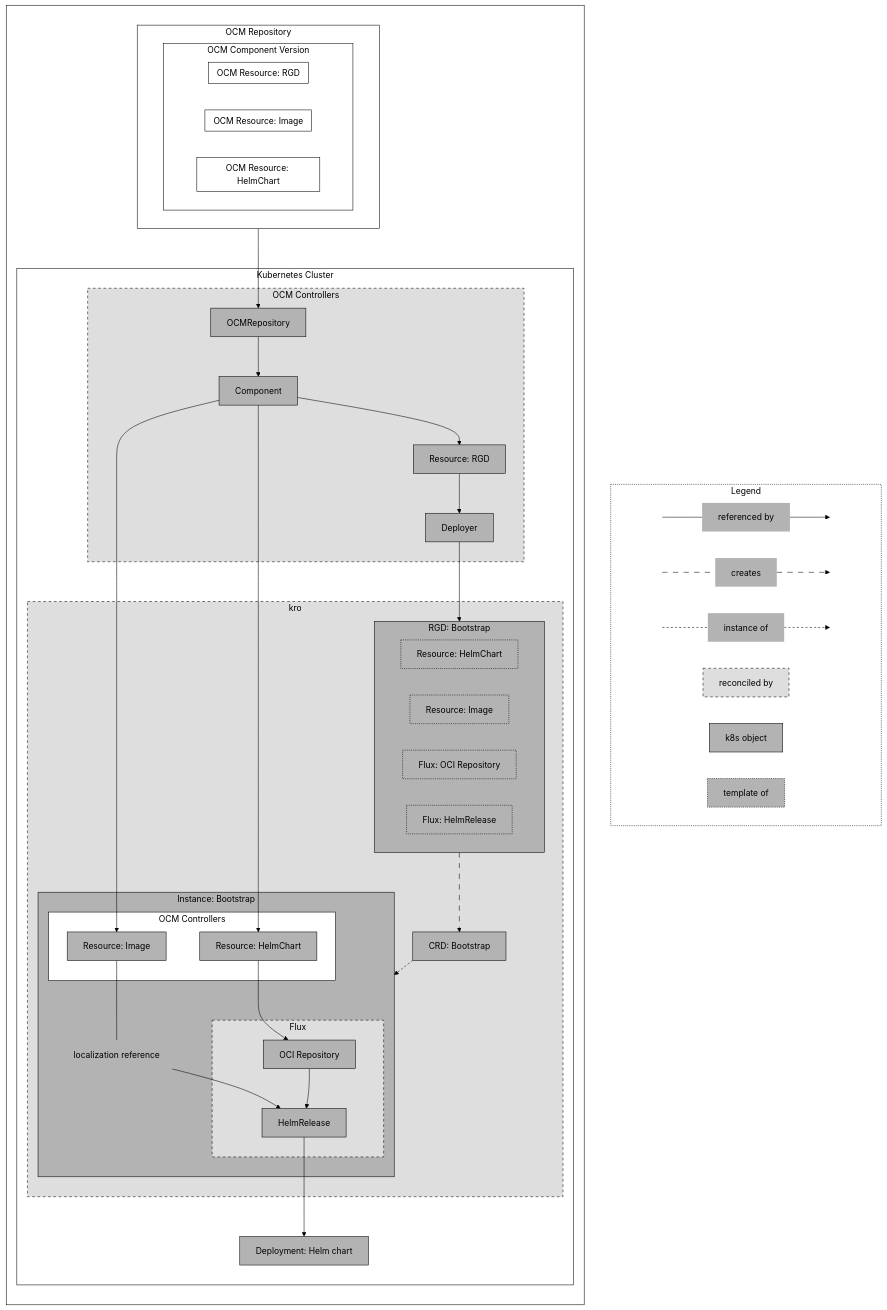
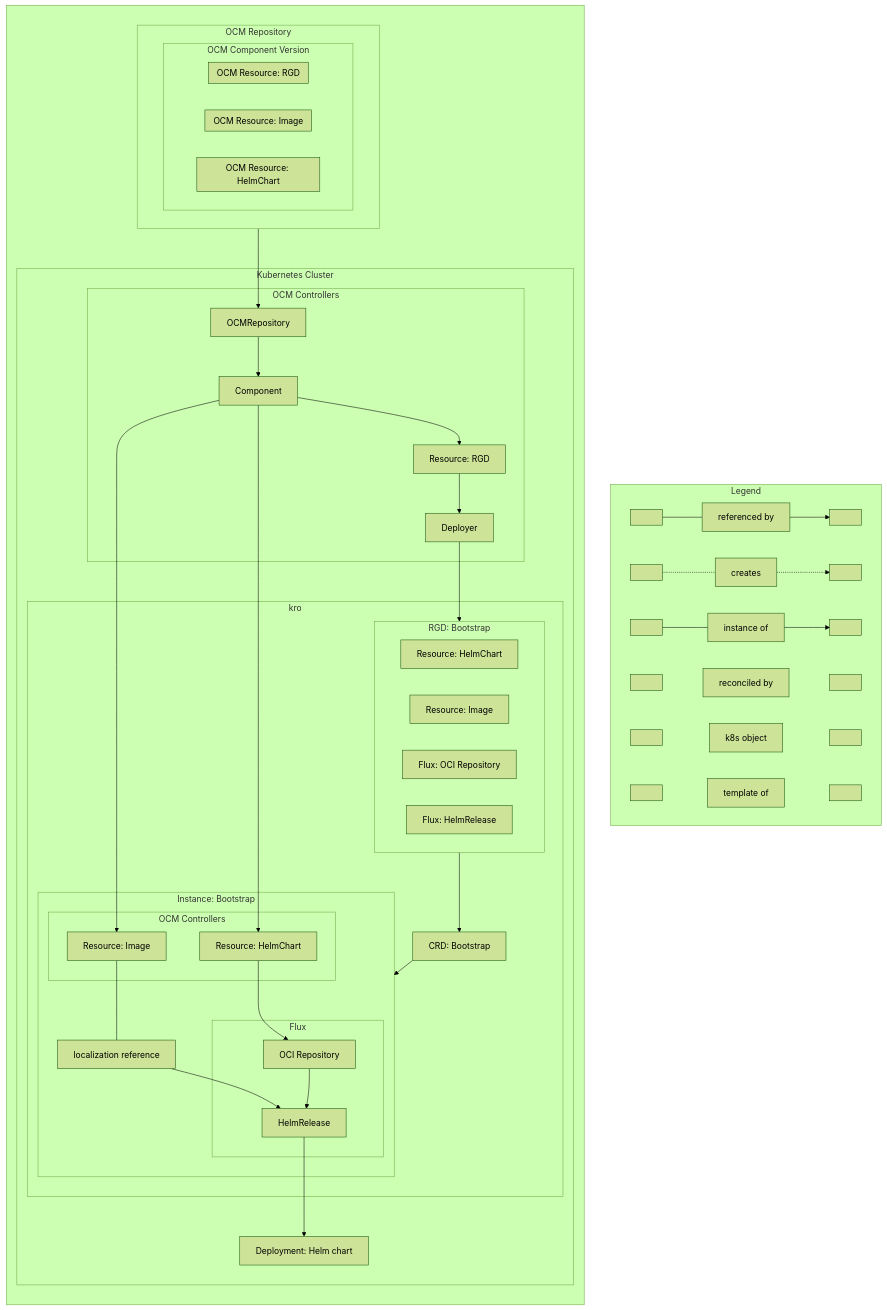
One commit to open-component-model/ocm-website changed the diagram in content/docs/tutorials/deploy-helm-chart-bootstrap.md. Above: the diagram before and after it, drawn with Mermaid (forest theme). The commit also changed other lines of this file and 8 other files, not shown here.

````diff
--- a/content/docs/tutorials/deploy-helm-chart-bootstrap.md
+++ b/content/docs/tutorials/deploy-helm-chart-bootstrap.md
@@ -46,15 +75,5 @@
 ```mermaid
 flowchart TB
-    classDef cluster fill:white,color:black,stroke:black;
-    classDef reconciledBy fill:#dedede,stroke:black,stroke-dasharray: 5,color:black;
-    classDef k8sObject fill:#b3b3b3,color:black,stroke:black;
-    classDef information fill:#b3b3b3,color:black,stroke:none;
-    classDef templateOf fill:#b3b3b3,color:black,stroke:black,stroke-dasharray: 2;
-    classDef ocm fill:white,stroke:black,color:black;
-    classDef legendStyle fill:white,stroke:black,color:black,stroke-dasharray: 2;
-    classDef legendStartEnd height:0px;
-    classDef legendItems fill:#b3b3b3,stroke:none,color:black;
-
     subgraph legend[Legend]
         start1[ ] ---references[referenced by] --> end1[ ]
         start2[ ] -.-creates -.-> end2[ ]
@@ -68,7 +87,7 @@
         direction TB
         subgraph ocmRepo[OCM Repository]
             subgraph ocmCV[OCM Component Version]
-                direction RL 
+                direction RL
                 subgraph ocmResourceHelm[OCM Resource: HelmChart]
                 end
                 subgraph ocmResourceImage[OCM Resource: Image]
@@ -113,10 +132,6 @@
         k8sResourceHelm --> source --> helmRelease
     end
 
-    linkStyle default fill:none,stroke:black,color:black;
-    linkStyle 2,3,20 stroke:black,fill:none,color:black,stroke-dasharray: 10;
-    linkStyle 4,5,21 stroke:black,fill:none,color:black,stroke-dasharray: 4;
-
     class start1,end1,start2,end2,start3,end3,start4,end4,start5,end5,start6,end6 legendStartEnd;
     class references,creates,instanceOf legendItems;
     class templateOf,rgdResourceHelm,rgdResourceImage,rgdSource,rgdHelmRelease templateOf;
````
